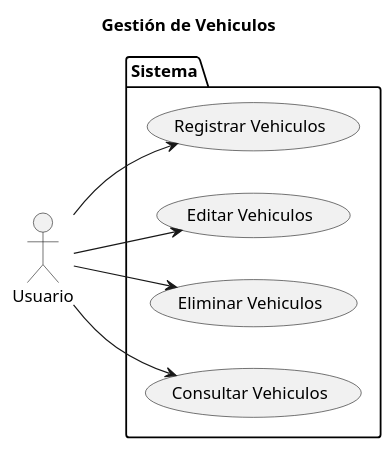
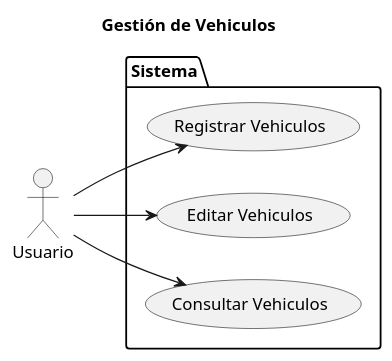
Before and after one commit to marcelolezcanodev/GarageGuru: the diagram in Diagramas/caso_de_uso_Vehiculos.plantuml, drawn with PlantUML. The commit also changed 6 other files, not shown here.

```diff
--- a/Diagramas/caso_de_uso_Vehiculos.plantuml
+++ b/Diagramas/caso_de_uso_Vehiculos.plantuml
@@ -1,23 +1,21 @@
 @startuml usuario
 
 left to right direction
 
 title Gestión de Vehiculos
 
 actor Usuario as User
 
 package Sistema {
 
     USECASE "Registrar Vehiculos" as UC_Registrar
     USECASE "Editar Vehiculos" as UC_Editar
-    USECASE "Eliminar Vehiculos" as UC_Eliminar
     USECASE "Consultar Vehiculos" as UC_Consultar
 
 }
 
 User --> UC_Registrar
 User --> UC_Editar
-User --> UC_Eliminar
 User --> UC_Consultar
 
 @enduml
```
